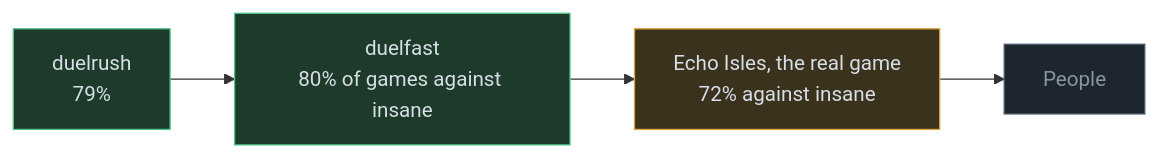
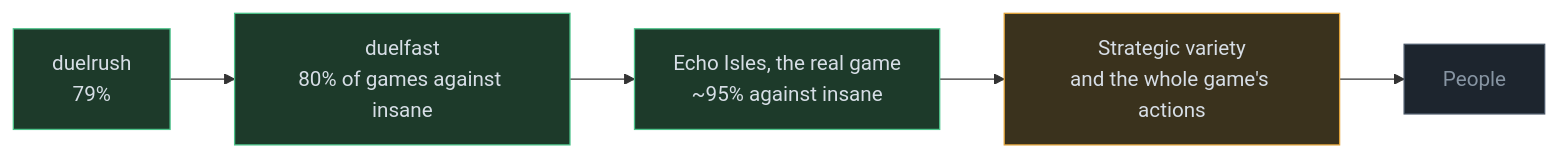
One commit to RobinKa/warcraftsim changed the diagram in docs/road-to-the-real-game.md. Above: the diagram before and after it, drawn with Mermaid. The commit also changed other lines of this file and 7 other files, not shown here.

````diff
--- a/docs/road-to-the-real-game.md
+++ b/docs/road-to-the-real-game.md
@@ -5,9 +5,10 @@
 ```mermaid
 flowchart LR
   A["duelrush<br/>79%"]:::done --> B["duelfast<br/>80% of games against insane"]:::done
-  B --> D["Echo Isles, the real game<br/>72% against insane"]:::now
-  D --> P["People"]:::todo
+  B --> D["Echo Isles, the real game<br/>~95% against insane"]:::done
+  D --> V["Strategic variety<br/>and the whole game's actions"]:::now
+  V --> P["People"]:::todo
   classDef done fill:#1d3a2a,stroke:#4cc38a,color:#d7dee6
   classDef now fill:#3a321d,stroke:#e0a33a,color:#d7dee6
   classDef todo fill:#1d252e,stroke:#4a5868,color:#8795a3
 ```
````
